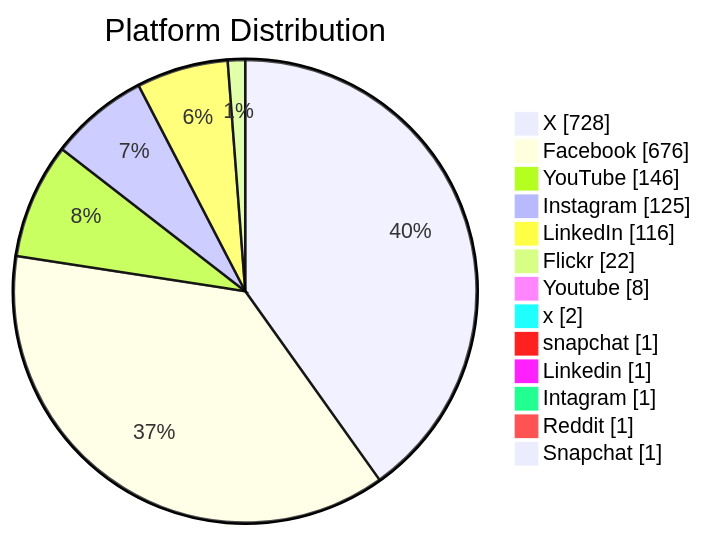
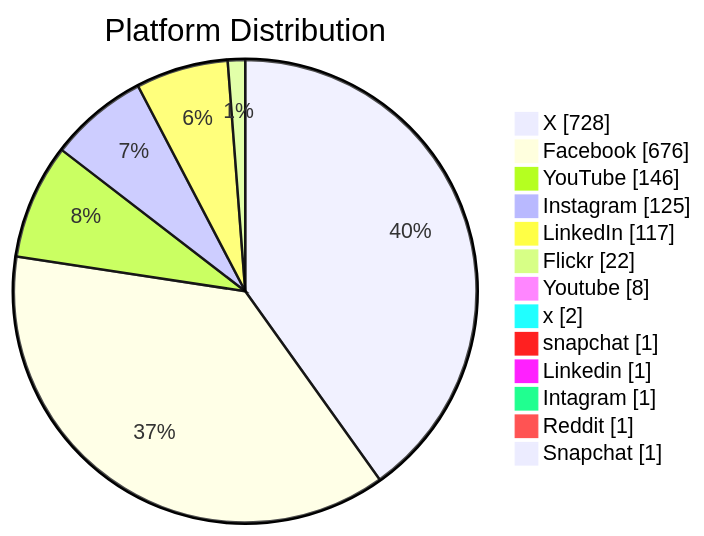
One commit to PatLittle/GC-Socials changed the second of 6 diagrams in README.md. Above: the diagram before and after it, drawn with Mermaid. The commit also changed other lines of this file, not shown here.

Commit message:
Update README with Platform Distribution pie chart

````diff
--- a/README.md
+++ b/README.md
@@ -46,16 +46,16 @@
 ```mermaid
 pie showData title Platform Distribution
     "X": 728
     "Facebook": 676
     "YouTube": 146
     "Instagram": 125
-    "LinkedIn": 116
+    "LinkedIn": 117
     "Flickr": 22
     "Youtube": 8
     "x": 2
     "snapchat": 1
     "Linkedin": 1
     "Intagram": 1
     "Reddit": 1
     "Snapchat": 1
 ```
````
